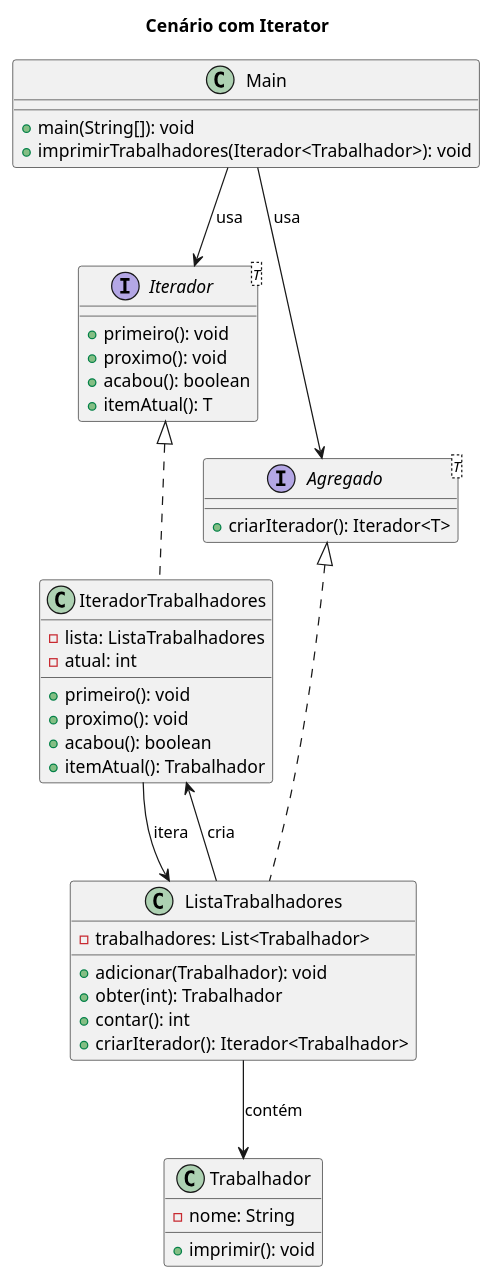
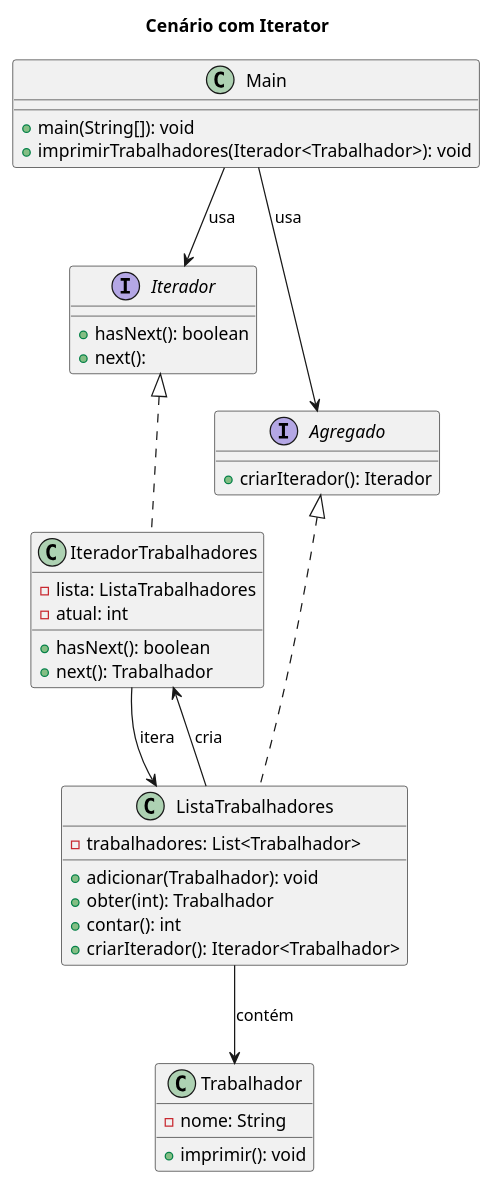
Before and after one commit to 20242-ifba-saj-ads-ppr/seminario-ppr-comportamentais-equipe4: the diagram in src/Iterator/estrutura_com_padrao.puml, drawn with PlantUML. The commit also changed 1 other file, not shown here.

Commit message:
update uml

```diff
--- a/src/Iterator/estrutura_com_padrao.puml
+++ b/src/Iterator/estrutura_com_padrao.puml
@@ -1,48 +1,43 @@
 @startuml
 title Cenário com Iterator
 
-interface Iterador<T> {
-  + primeiro(): void
-  + proximo(): void
-  + acabou(): boolean
-  + itemAtual(): T
+interface Iterador {
+  + hasNext(): boolean
+  + next(): 
 }
 
-interface Agregado<T> {
-  + criarIterador(): Iterador<T>
+interface Agregado {
+  + criarIterador(): Iterador
 }
 
 class Trabalhador {
   - nome: String
   + imprimir(): void
 }
 
 class ListaTrabalhadores implements Agregado<Trabalhador> {
   - trabalhadores: List<Trabalhador>
   + adicionar(Trabalhador): void
   + obter(int): Trabalhador
   + contar(): int
   + criarIterador(): Iterador<Trabalhador>
 }
 
 class IteradorTrabalhadores implements Iterador<Trabalhador> {
   - lista: ListaTrabalhadores
   - atual: int
-  + primeiro(): void
-  + proximo(): void
-  + acabou(): boolean
-  + itemAtual(): Trabalhador
+  + hasNext(): boolean
+  + next(): Trabalhador
 }
 
 class Main {
   + main(String[]): void
   + imprimirTrabalhadores(Iterador<Trabalhador>): void
 }
 
 Main --> Agregado : usa
 ListaTrabalhadores --> Trabalhador : contém
 ListaTrabalhadores --> IteradorTrabalhadores : cria
 IteradorTrabalhadores --> ListaTrabalhadores : itera
 Main --> Iterador : usa
-
 @enduml
```
